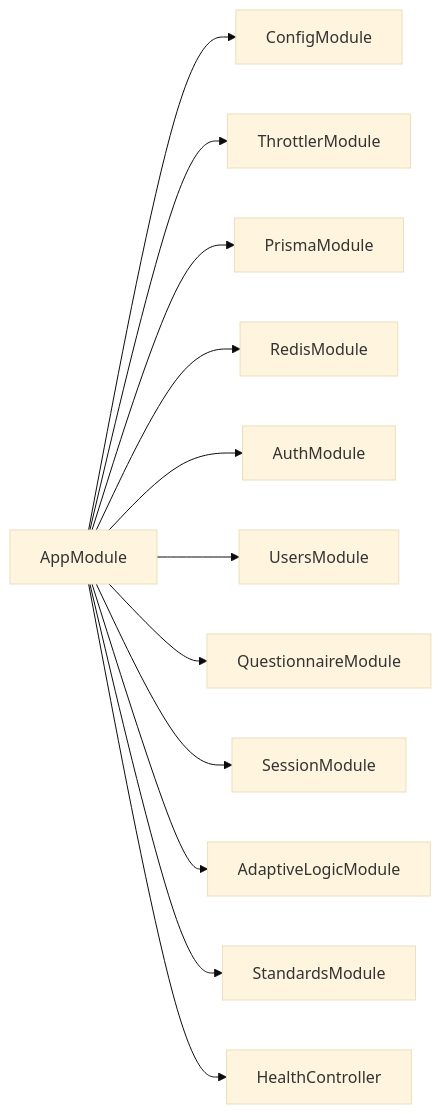
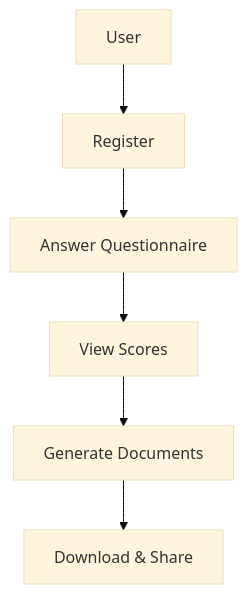
One commit to BAS-More/Quiz2Biz changed the fifth of 7 diagrams in .qoder/repowiki/en/content/Getting Started.md. Above: the diagram before and after it, drawn with Mermaid (base theme). The commit also changed other lines of this file and 191 other files, not shown here.

````diff
--- a/.qoder/repowiki/en/content/Getting Started.md
+++ b/.qoder/repowiki/en/content/Getting Started.md
@@ -285,14 +194,8 @@
 ```mermaid
-graph LR
-AM["AppModule"] --> CM["ConfigModule"]
-AM --> TM["ThrottlerModule"]
-AM --> PM["PrismaModule"]
-AM --> RM["RedisModule"]
-AM --> AU["AuthModule"]
-AM --> UM["UsersModule"]
-AM --> QM["QuestionnaireModule"]
-AM --> SM["SessionModule"]
-AM --> ALM["AdaptiveLogicModule"]
-AM --> STM["StandardsModule"]
-AM --> HC["HealthController"]
+flowchart TD
+U["User"] --> R["Register"]
+R --> Q["Answer Questionnaire"]
+Q --> S["View Scores"]
+S --> G["Generate Documents"]
+G --> D["Download & Share"]
 ```
````
